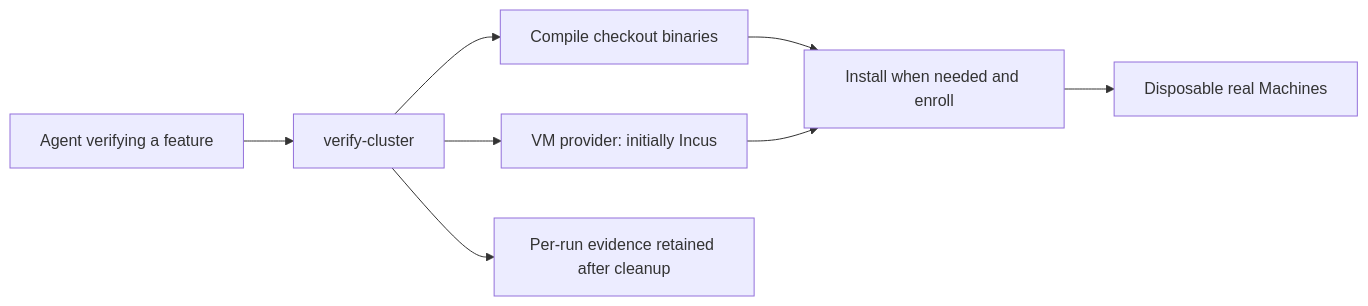
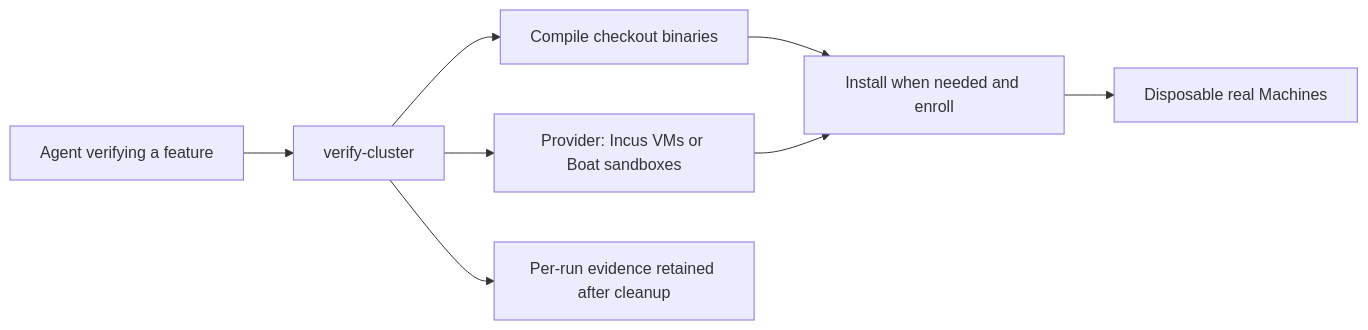
The diagram in .agents/skills/verify-server/SKILL.md (getployz/ployz), drawn with Mermaid before and after one commit. The commit also changed other lines of this file and 2 other files, not shown here.

First line of the commit message:
Document --provider boat for verify-server and the volume scripts

````diff
--- a/.agents/skills/verify-server/SKILL.md
+++ b/.agents/skills/verify-server/SKILL.md
@@ -10,10 +10,10 @@
 ```mermaid
 flowchart LR
     Agent[Agent verifying a feature] --> Helper[verify-cluster]
     Helper --> Build[Compile checkout binaries]
-    Helper --> Provider[VM provider: initially Incus]
+    Helper --> Provider[Provider: Incus VMs or Boat sandboxes]
     Build --> Enroll[Install when needed and enroll]
     Provider --> Enroll
     Enroll --> Cluster[Disposable real Machines]
     Helper --> Evidence[Per-run evidence retained after cleanup]
 ```
````
